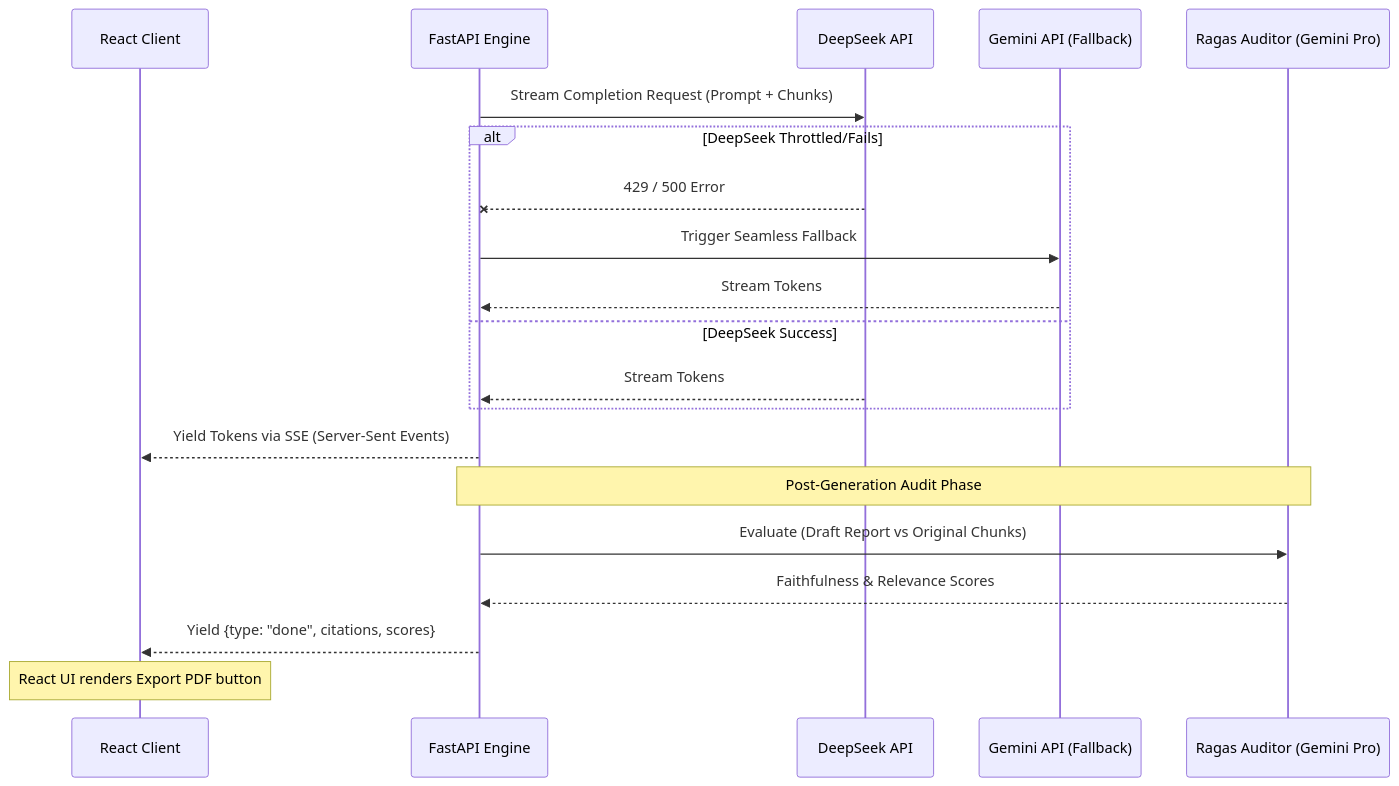
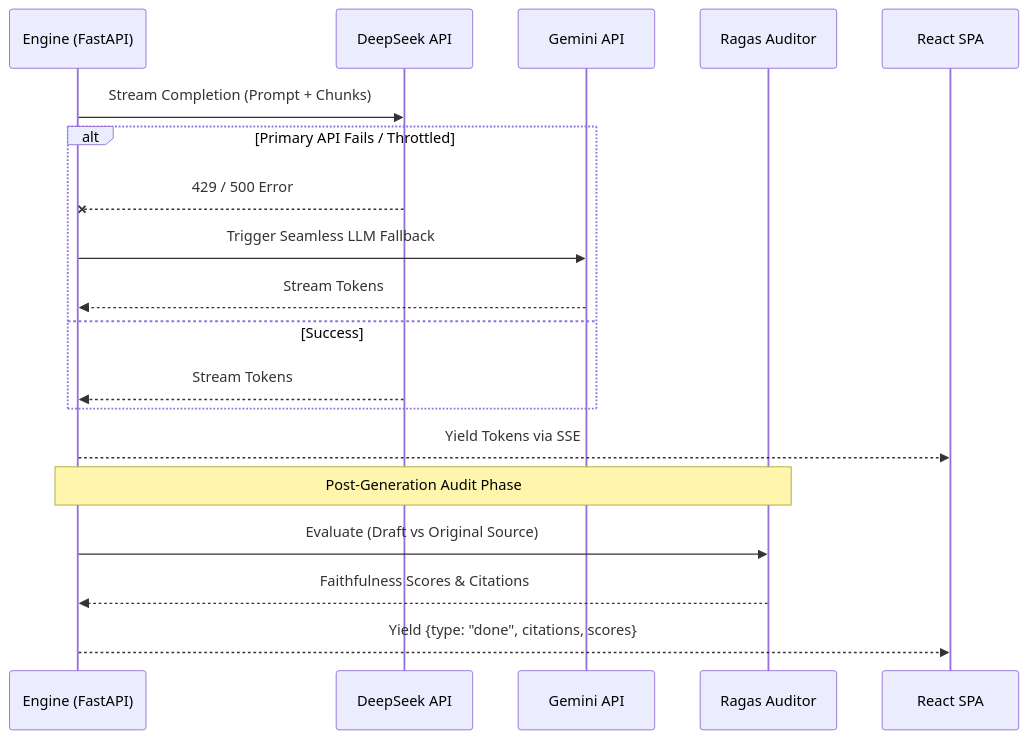
The third of 3 diagrams in README.md (joe-ging/AI_Stock_Analyst_Enterprise), drawn with Mermaid before and after one commit. The commit also changed other lines of this file, not shown here.

Commit message:
docs: Align README with Tencent Cloud Solutions Architect Master Plan

````diff
--- a/README.md
+++ b/README.md
@@ -96,26 +114,25 @@
 ```mermaid
 sequenceDiagram
-    participant UI as React Client
-    participant Engine as FastAPI Engine
+    participant Engine as Engine (FastAPI)
     participant DeepSeek as DeepSeek API
-    participant Fallback as Gemini API (Fallback)
-    participant Ragas as Ragas Auditor (Gemini Pro)
+    participant Fallback as Gemini API
+    participant Ragas as Ragas Auditor
+    participant Client as React SPA
     
-    Engine->>DeepSeek: Stream Completion Request (Prompt + Chunks)
+    Engine->>DeepSeek: Stream Completion (Prompt + Chunks)
     
-    alt DeepSeek Throttled/Fails
+    alt Primary API Fails / Throttled
         DeepSeek--xEngine: 429 / 500 Error
-        Engine->>Fallback: Trigger Seamless Fallback
+        Engine->>Fallback: Trigger Seamless LLM Fallback
         Fallback-->>Engine: Stream Tokens
-    else DeepSeek Success
+    else Success
         DeepSeek-->>Engine: Stream Tokens
     end
     
-    Engine-->>UI: Yield Tokens via SSE (Server-Sent Events)
+    Engine-->>Client: Yield Tokens via SSE
     
     Note over Engine, Ragas: Post-Generation Audit Phase
-    Engine->>Ragas: Evaluate (Draft Report vs Original Chunks)
-    Ragas-->>Engine: Faithfulness & Relevance Scores
-    Engine-->>UI: Yield {type: "done", citations, scores}
-    Note over UI: React UI renders Export PDF button
+    Engine->>Ragas: Evaluate (Draft vs Original Source)
+    Ragas-->>Engine: Faithfulness Scores & Citations
+    Engine-->>Client: Yield {type: "done", citations, scores}
 ```
````
